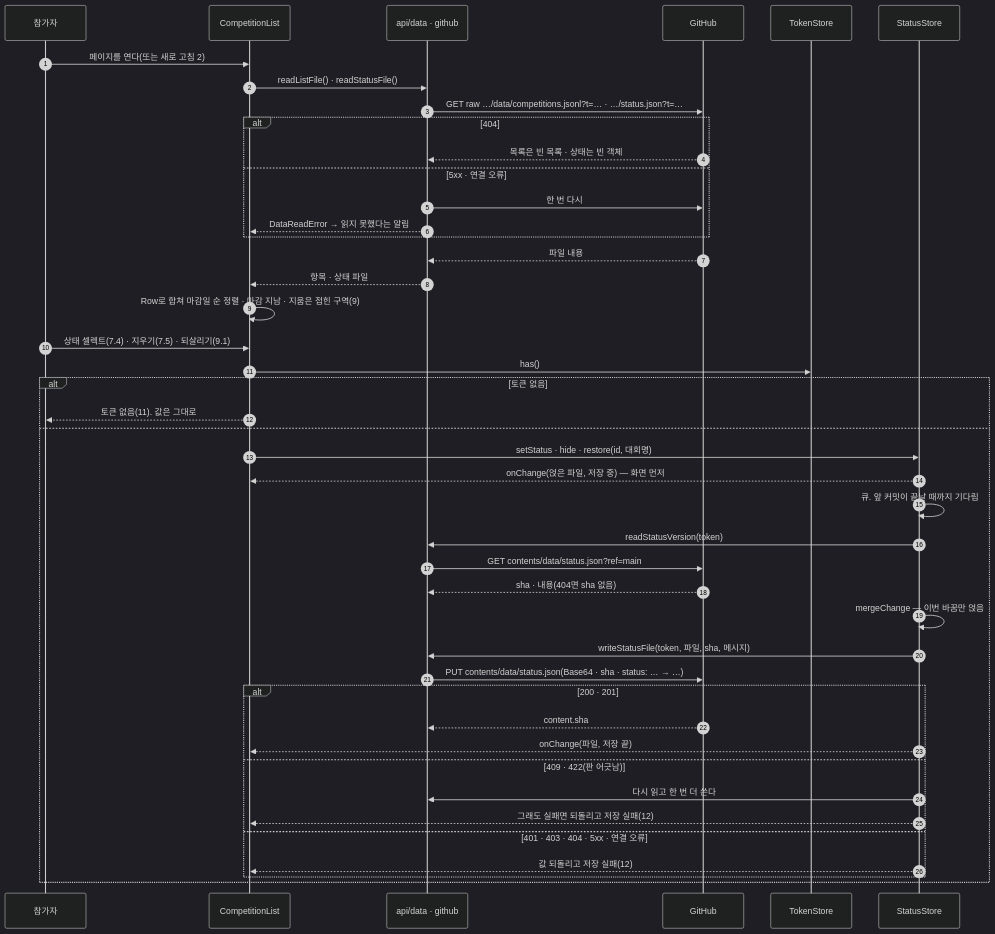
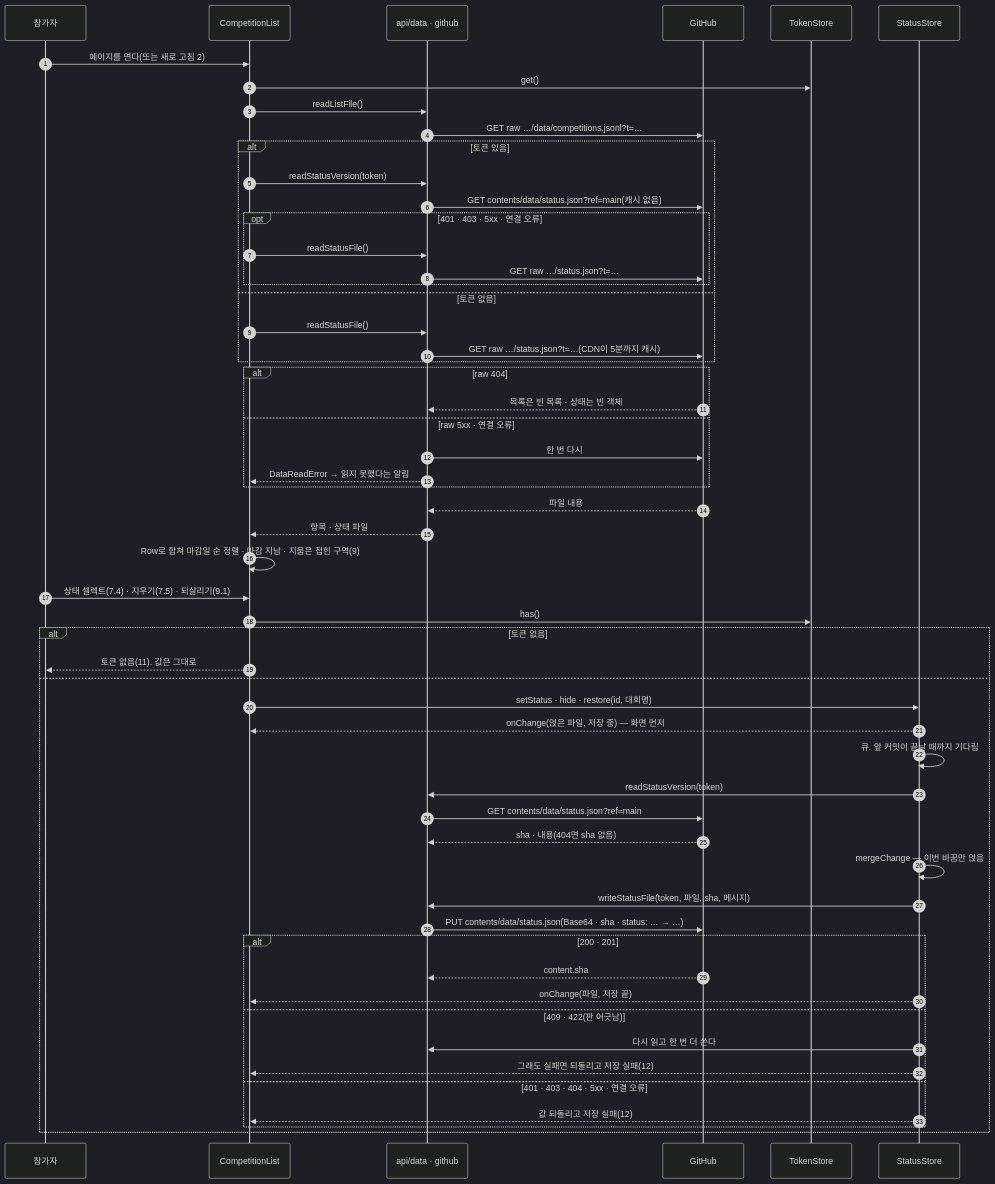
Diagram 11 of 12 in docs/specs/09-SEQ/CCR-SEQ-001.md (HoyoungParkme/competition-crawler), drawn with Mermaid (dark theme) before and after one commit. The commit also changed other lines of this file, not shown here.

Commit message:
spec(SEQ-001): SEQ-11 — 토큰이 있으면 상태 파일을 Contents API로 읽고 실패하면 raw로(INFRA-001 v9 6.4, 사용자 결정 2026-09-30). raw는 5분 캐시되고 ?t=로 피하지 못한다. 3장 미결에 확인 커밋으로 본 쓰기 흐름을 적음

````diff
--- a/docs/specs/09-SEQ/CCR-SEQ-001.md
+++ b/docs/specs/09-SEQ/CCR-SEQ-001.md
@@ -443,46 +443,58 @@
 ```mermaid
 sequenceDiagram
     autonumber
     participant U as 참가자
     participant UI as CompetitionList
     participant RF as api/data · github
     participant GHB as GitHub
     participant TK as TokenStore
     participant ST as StatusStore
     U->>UI: 페이지를 연다(또는 새로 고침 2)
-    UI->>RF: readListFile() · readStatusFile()
-    RF->>GHB: GET raw …/data/competitions.jsonl?t=… · …/status.json?t=…
-    alt 404
+    UI->>TK: get()
+    UI->>RF: readListFile()
+    RF->>GHB: GET raw …/data/competitions.jsonl?t=…
+    alt 토큰 있음
+        UI->>RF: readStatusVersion(token)
+        RF->>GHB: GET contents/data/status.json?ref=main(캐시 없음)
+        opt 401 · 403 · 5xx · 연결 오류
+            UI->>RF: readStatusFile()
+            RF->>GHB: GET raw …/status.json?t=…
+        end
+    else 토큰 없음
+        UI->>RF: readStatusFile()
+        RF->>GHB: GET raw …/status.json?t=…(CDN이 5분까지 캐시)
+    end
+    alt raw 404
         GHB-->>RF: 목록은 빈 목록 · 상태는 빈 객체
-    else 5xx · 연결 오류
+    else raw 5xx · 연결 오류
         RF->>GHB: 한 번 다시
         RF-->>UI: DataReadError → 읽지 못했다는 알림
     end
     GHB-->>RF: 파일 내용
     RF-->>UI: 항목 · 상태 파일
     UI->>UI: Row로 합쳐 마감일 순 정렬 · 마감 지남 · 지움은 접힌 구역(9)
     U->>UI: 상태 셀렉트(7.4) · 지우기(7.5) · 되살리기(9.1)
     UI->>TK: has()
     alt 토큰 없음
         UI-->>U: 토큰 없음(11). 값은 그대로
     else
         UI->>ST: setStatus · hide · restore(id, 대회명)
         ST-->>UI: onChange(얹은 파일, 저장 중) — 화면 먼저
         ST->>ST: 큐. 앞 커밋이 끝날 때까지 기다림
         ST->>RF: readStatusVersion(token)
         RF->>GHB: GET contents/data/status.json?ref=main
         GHB-->>RF: sha · 내용(404면 sha 없음)
         ST->>ST: mergeChange — 이번 바꿈만 얹음
         ST->>RF: writeStatusFile(token, 파일, sha, 메시지)
         RF->>GHB: PUT contents/data/status.json(Base64 · sha · status: … → …)
         alt 200 · 201
             GHB-->>RF: content.sha
             ST-->>UI: onChange(파일, 저장 끝)
         else 409 · 422(판 어긋남)
             ST->>RF: 다시 읽고 한 번 더 쓴다
             ST-->>UI: 그래도 실패면 되돌리고 저장 실패(12)
         else 401 · 403 · 404 · 5xx · 연결 오류
             ST-->>UI: 값 되돌리고 저장 실패(12)
         end
     end
 ```
````
